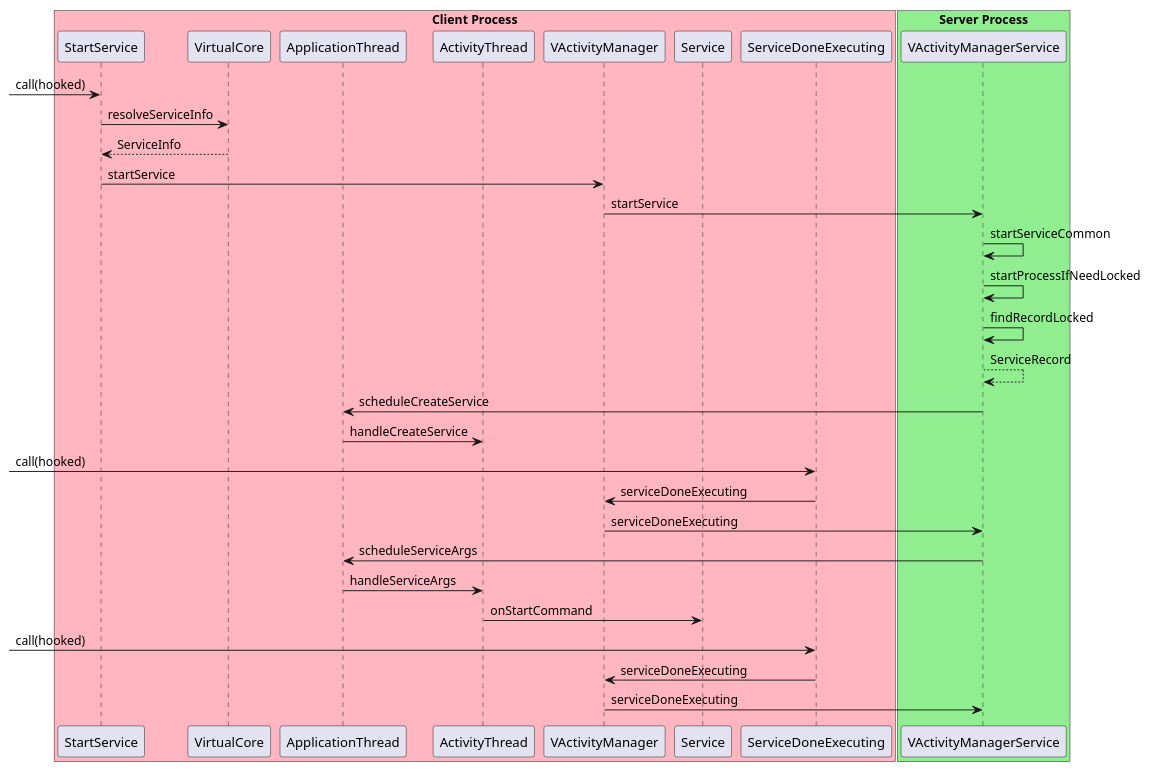
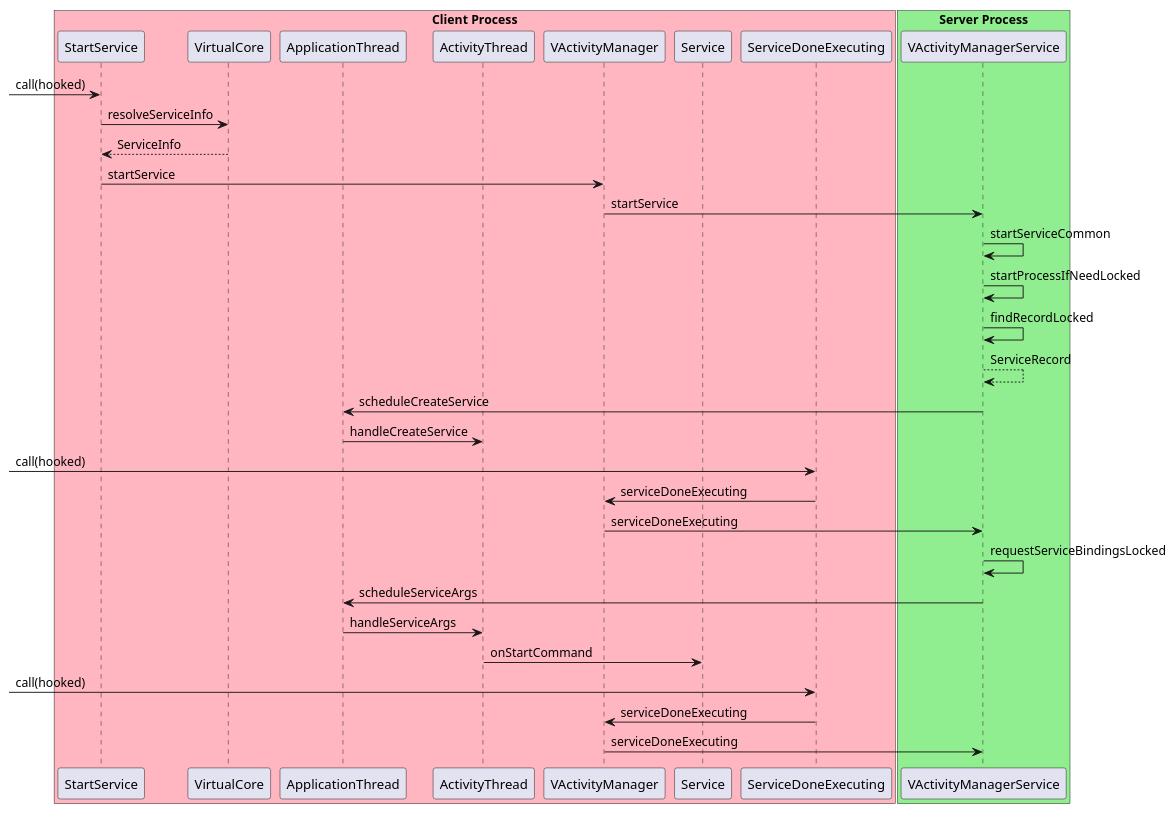
The diagram in VirtualApp/startService.puml (skyoung09/VirtualApp), drawn with PlantUML before and after one commit. The commit also changed 2 other files, not shown here.

Commit message:
Refact startService

```diff
--- a/VirtualApp/startService.puml
+++ b/VirtualApp/startService.puml
@@ -1,36 +1,37 @@
 @startuml
 box "Client Process" #LightPink
 participant StartService
 participant VirtualCore
 participant ApplicationThread
 participant ActivityThread
 participant VActivityManager
 participant Service
 participant ServiceDoneExecuting
 end box
 
 box "Server Process" #LightGreen
 participant VActivityManagerService
 end box
 
 -> StartService: call(hooked)
 StartService -> VirtualCore: resolveServiceInfo
 VirtualCore --> StartService: ServiceInfo
 StartService -> VActivityManager: startService
 VActivityManager -> VActivityManagerService : startService
 VActivityManagerService -> VActivityManagerService: startServiceCommon
 VActivityManagerService -> VActivityManagerService: startProcessIfNeedLocked
 VActivityManagerService -> VActivityManagerService: findRecordLocked
 VActivityManagerService --> VActivityManagerService: ServiceRecord
 VActivityManagerService -> ApplicationThread: scheduleCreateService
 ApplicationThread -> ActivityThread: handleCreateService
 -> ServiceDoneExecuting: call(hooked)
 ServiceDoneExecuting -> VActivityManager: serviceDoneExecuting
 VActivityManager -> VActivityManagerService: serviceDoneExecuting
+VActivityManagerService -> VActivityManagerService: requestServiceBindingsLocked
 VActivityManagerService -> ApplicationThread: scheduleServiceArgs
 ApplicationThread -> ActivityThread: handleServiceArgs
 ActivityThread -> Service: onStartCommand
 -> ServiceDoneExecuting: call(hooked)
 ServiceDoneExecuting -> VActivityManager: serviceDoneExecuting
 VActivityManager -> VActivityManagerService: serviceDoneExecuting
 @enduml
```
